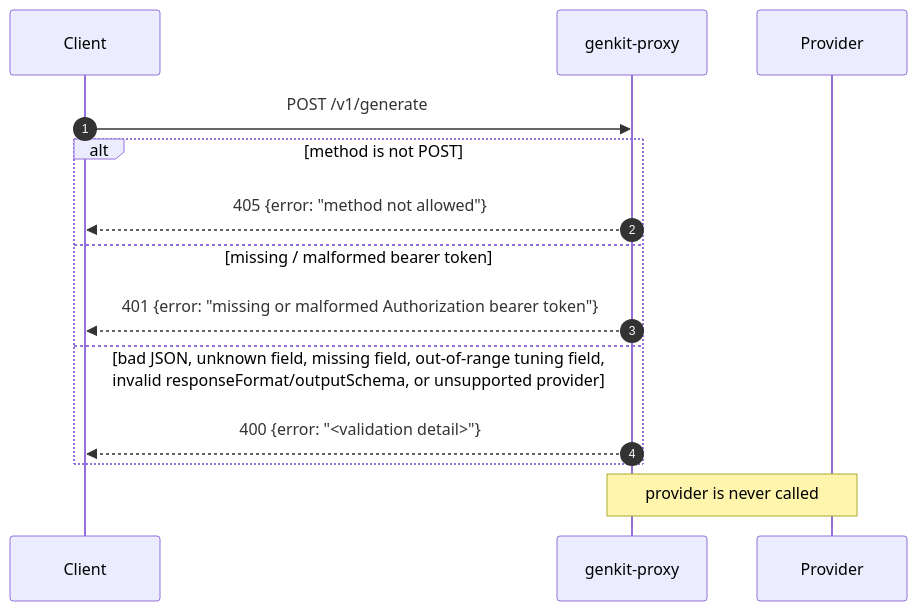
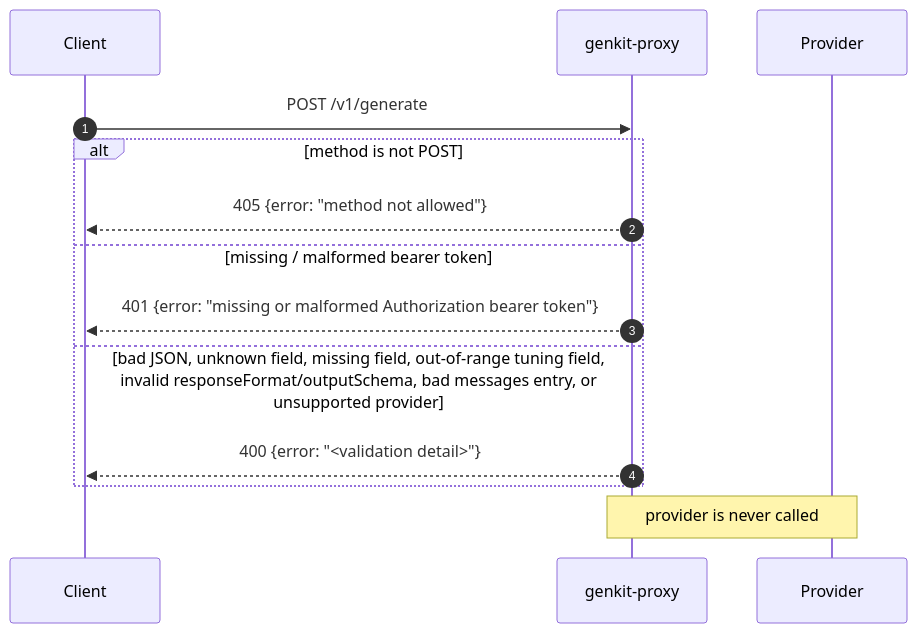
One commit to nicolapasqua99/genkit-proxy changed the second of 7 diagrams in docs/api.md. Above: the diagram before and after it, drawn with Mermaid. The commit also changed other lines of this file and 7 other files, not shown here.

````diff
--- a/docs/api.md
+++ b/docs/api.md
@@ -140,17 +141,17 @@
 ```mermaid
 sequenceDiagram
     autonumber
     participant C as Client
     participant X as genkit-proxy
     participant P as Provider
 
     C->>X: POST /v1/generate
     alt method is not POST
         X-->>C: 405 {error: "method not allowed"}
     else missing / malformed bearer token
         X-->>C: 401 {error: "missing or malformed Authorization bearer token"}
-    else bad JSON, unknown field, missing field, out-of-range tuning field, invalid responseFormat/outputSchema, or unsupported provider
+    else bad JSON, unknown field, missing field, out-of-range tuning field, invalid responseFormat/outputSchema, bad messages entry, or unsupported provider
         X-->>C: 400 {error: "<validation detail>"}
     end
     Note over X,P: provider is never called
 ```
````
